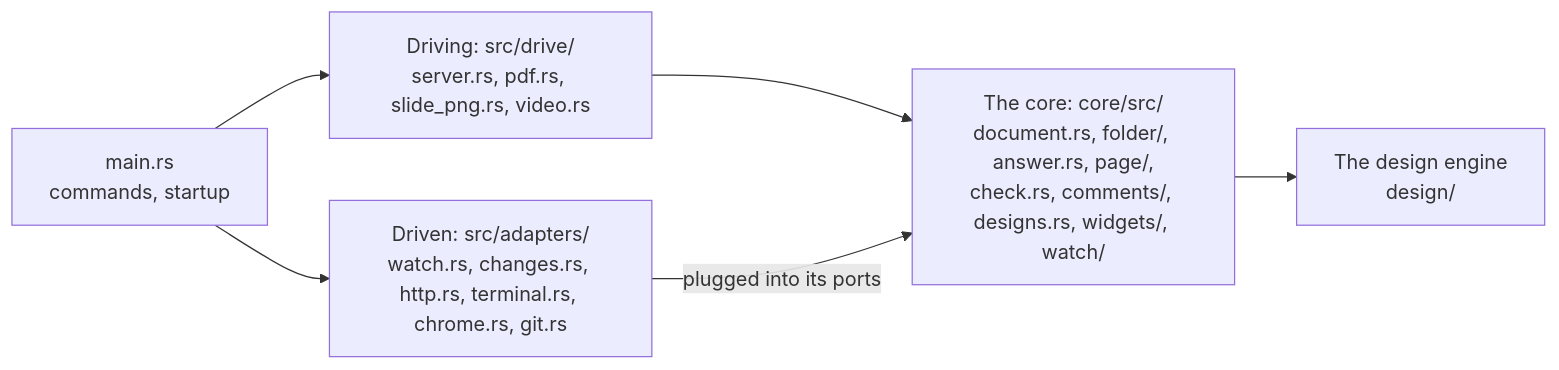
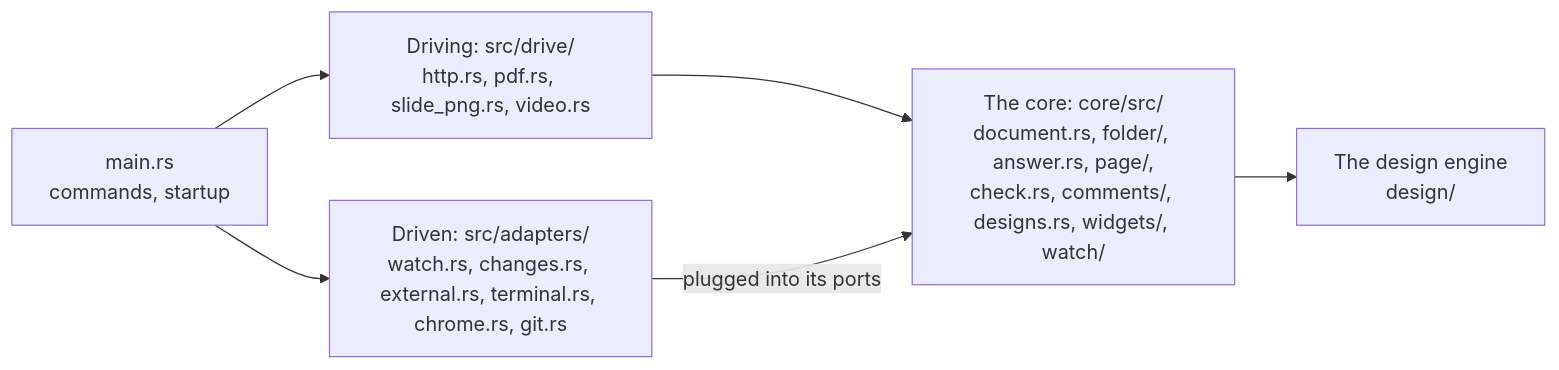
One commit to andrei512/devpage changed the diagram in docs/boxes/engineering/code-map/README.md. Above: the diagram before and after it, drawn with Mermaid. The commit also changed other lines of this file and 38 other files, not shown here.

````diff
--- a/docs/boxes/engineering/code-map/README.md
+++ b/docs/boxes/engineering/code-map/README.md
@@ -26,13 +26,13 @@
 ```mermaid
 flowchart LR
-  main["main.rs<br/>commands, startup"] --> drive["Driving: src/drive/<br/>server.rs, pdf.rs, slide_png.rs, video.rs"]
-  main --> adapters["Driven: src/adapters/<br/>watch.rs, changes.rs, http.rs, terminal.rs, chrome.rs, git.rs"]
+  main["main.rs<br/>commands, startup"] --> drive["Driving: src/drive/<br/>http.rs, pdf.rs, slide_png.rs, video.rs"]
+  main --> adapters["Driven: src/adapters/<br/>watch.rs, changes.rs, external.rs, terminal.rs, chrome.rs, git.rs"]
   drive --> core["The core: core/src/<br/>document.rs, folder/, answer.rs, page/,<br/>check.rs, comments/, designs.rs, widgets/, watch/"]
   adapters -- "plugged into its ports" --> core
   core --> engine["The design engine<br/>design/"]
   click main href "#how-main-wires-it-together" "How main wires it together"
   click drive href "../../viewer/serving-pages/README.md" "Serving pages"
   click adapters href "../../viewer/live-updates/README.md" "Live updates"
   click core href "../../viewer/rendering-a-page/README.md" "Rendering a page"
   click engine href "../../viewer/design-engine/README.md" "The design engine"
 ```
````
